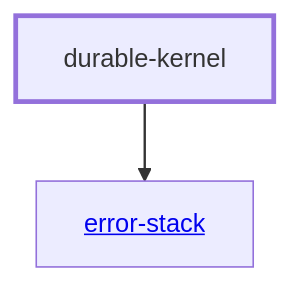
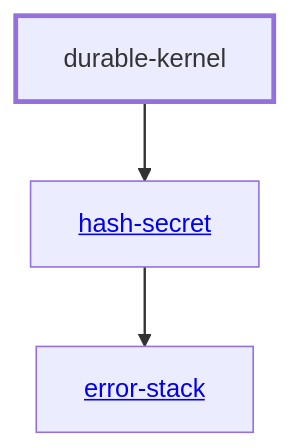
The diagram in libs/@local/durable-kernel/docs/dependency-diagram.mmd (hashintel/hash), drawn with Mermaid before and after one commit. The commit also changed 13 other files, not shown here.

Commit message:
Replace sha2 with hash-secret's SHA-256

```diff
--- a/libs/@local/durable-kernel/docs/dependency-diagram.mmd
+++ b/libs/@local/durable-kernel/docs/dependency-diagram.mmd
@@ -1,14 +1,16 @@
 graph TD
     linkStyle default stroke-width:1.5px
     classDef default stroke-width:1px
     classDef root stroke-width:3px
     classDef dev stroke-width:1px
     classDef build stroke-width:1px
     %% Legend
     %% --> : Normal dependency
     %% -.-> : Dev dependency
     %% ---> : Build dependency
     0[durable-kernel]
     class 0 root
-    1[<a href="../error_stack/index.html">error-stack</a>]
+    1[<a href="../hash_secret/index.html">hash-secret</a>]
+    2[<a href="../error_stack/index.html">error-stack</a>]
     0 --> 1
+    1 --> 2
```
